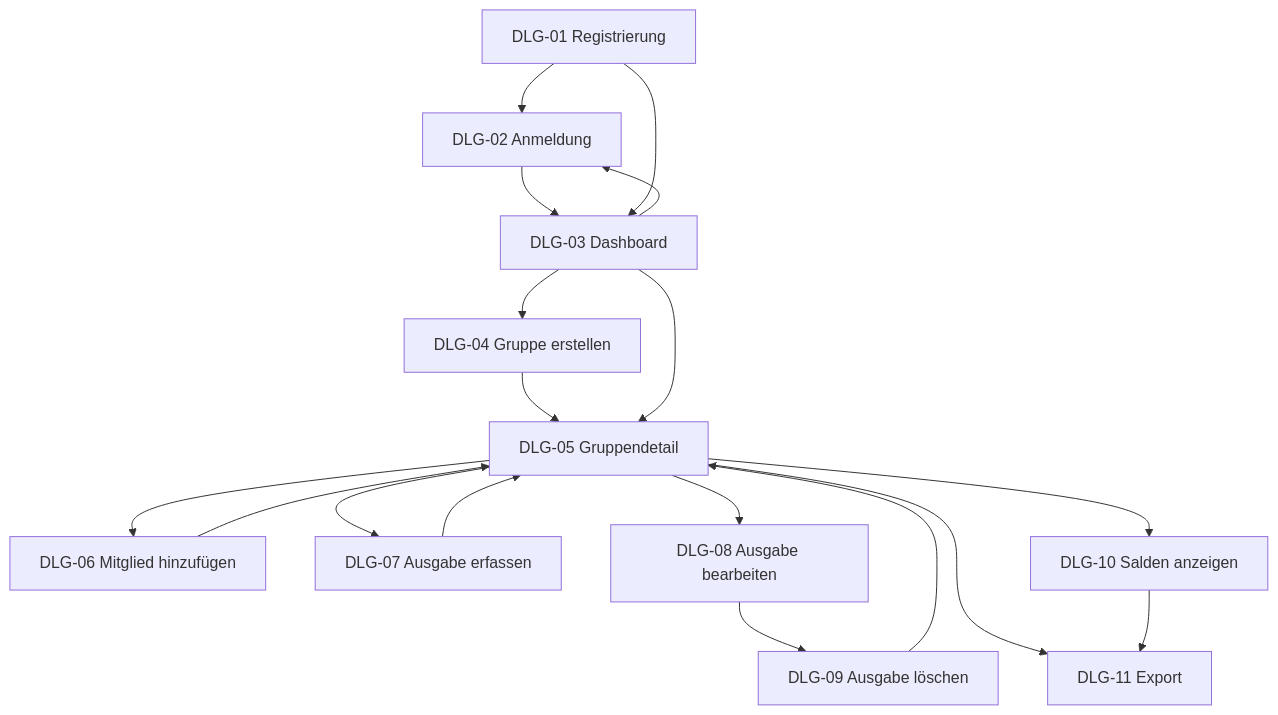
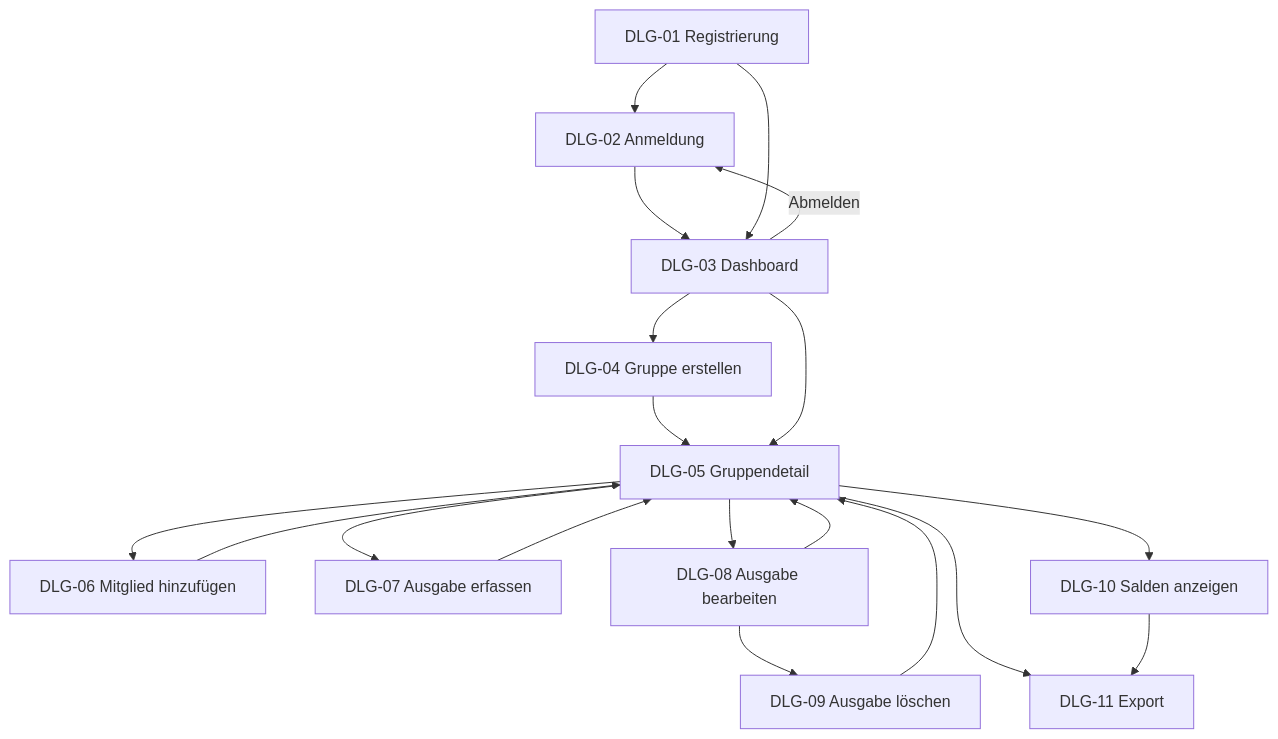
Before and after one commit to Bunyamin0101/WK_1106_CampusSplit: the second of 2 diagrams in Spezifikation/B1_Dialogspezifikation.md, drawn with Mermaid. The commit also changed other lines of this file, not shown here.

````diff
--- a/Spezifikation/B1_Dialogspezifikation.md
+++ b/Spezifikation/B1_Dialogspezifikation.md
@@ -109,24 +228,25 @@
 ```mermaid
 flowchart TD
     DLG01["DLG-01 Registrierung"] --> DLG02["DLG-02 Anmeldung"]
     DLG02 --> DLG03["DLG-03 Dashboard"]
     DLG01 --> DLG03
 
     DLG03 --> DLG04["DLG-04 Gruppe erstellen"]
     DLG04 --> DLG05["DLG-05 Gruppendetail"]
     DLG03 --> DLG05
 
     DLG05 --> DLG06["DLG-06 Mitglied hinzufügen"]
     DLG05 --> DLG07["DLG-07 Ausgabe erfassen"]
     DLG05 --> DLG08["DLG-08 Ausgabe bearbeiten"]
     DLG08 --> DLG09["DLG-09 Ausgabe löschen"]
     DLG05 --> DLG10["DLG-10 Salden anzeigen"]
     DLG05 --> DLG11["DLG-11 Export"]
     DLG10 --> DLG11
 
+    DLG06 --> DLG05
     DLG07 --> DLG05
+    DLG08 --> DLG05
     DLG09 --> DLG05
-    DLG06 --> DLG05
 
-    DLG03 --> DLG02
+    DLG03 -->|Abmelden| DLG02
 ```
````
